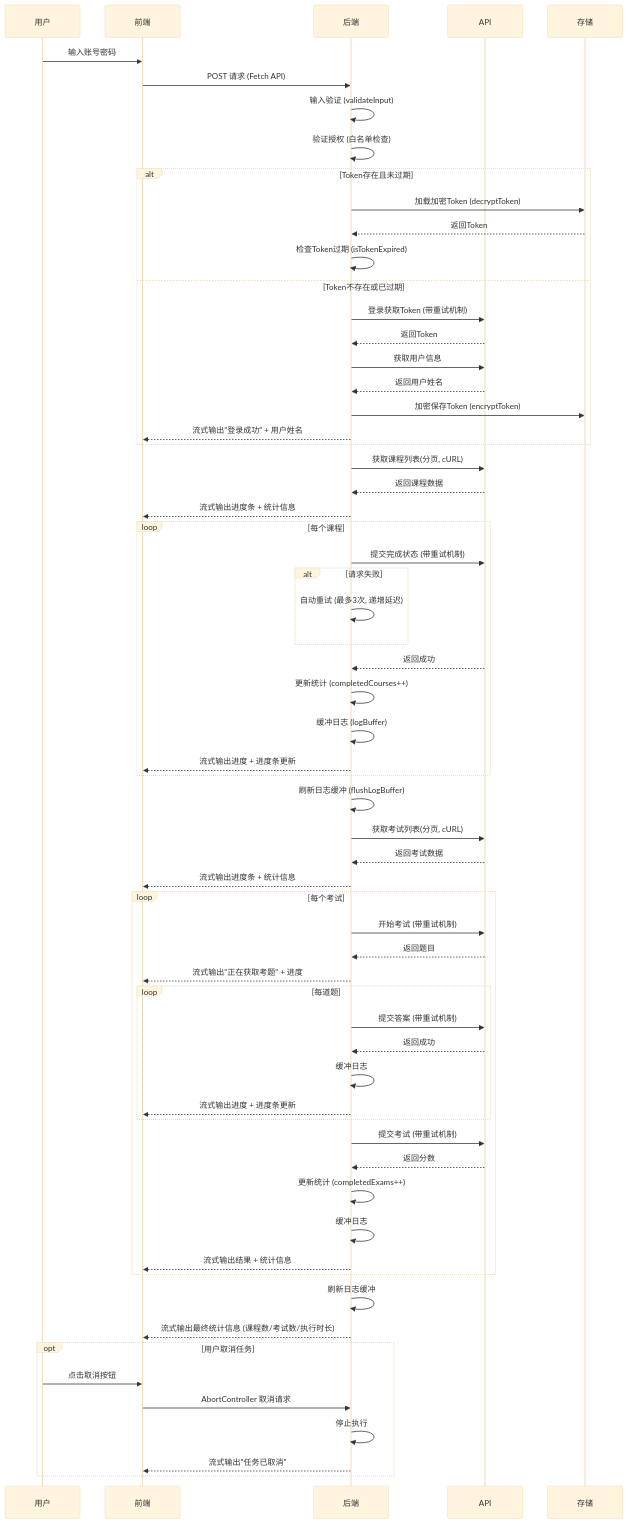
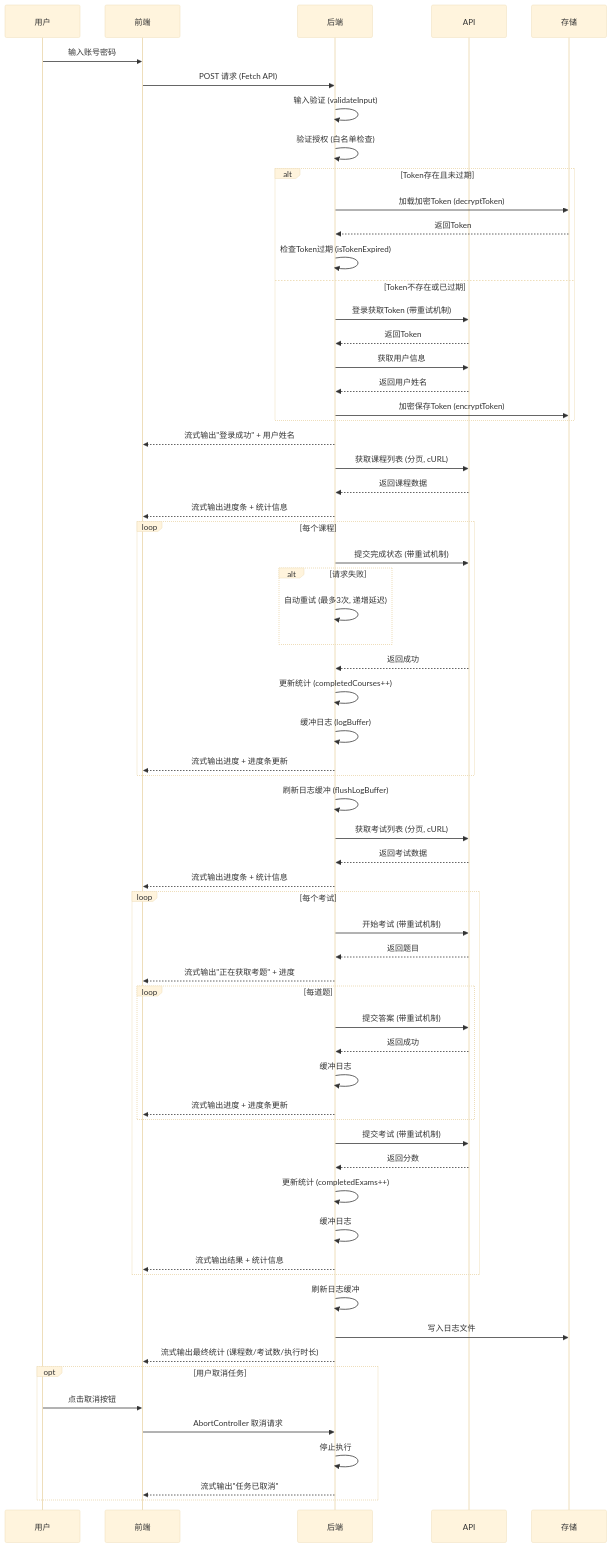
Before and after one commit to zhaohe574/aq: the diagram in README.md, drawn with Mermaid (base theme). The commit also changed other lines of this file and 3 other files, not shown here.

Commit message:
docs: 重写 README 文档，添加 Mermaid 数据流时序图

````diff
--- a/README.md
+++ b/README.md
@@ -301,71 +178,76 @@
 ```mermaid
 sequenceDiagram
     participant U as 用户
     participant F as 前端
     participant B as 后端
     participant A as API
     participant S as 存储
 
     U->>F: 输入账号密码
     F->>B: POST 请求 (Fetch API)
     B->>B: 输入验证 (validateInput)
     B->>B: 验证授权 (白名单检查)
     
     alt Token存在且未过期
         B->>S: 加载加密Token (decryptToken)
         S-->>B: 返回Token
         B->>B: 检查Token过期 (isTokenExpired)
     else Token不存在或已过期
         B->>A: 登录获取Token (带重试机制)
         A-->>B: 返回Token
         B->>A: 获取用户信息
         A-->>B: 返回用户姓名
         B->>S: 加密保存Token (encryptToken)
-        B-->>F: 流式输出"登录成功" + 用户姓名
     end
     
-    B->>A: 获取课程列表(分页, cURL)
+    B-->>F: 流式输出"登录成功" + 用户姓名
+
+    B->>A: 获取课程列表 (分页, cURL)
     A-->>B: 返回课程数据
     B-->>F: 流式输出进度条 + 统计信息
+    
     loop 每个课程
         B->>A: 提交完成状态 (带重试机制)
         alt 请求失败
             B->>B: 自动重试 (最多3次, 递增延迟)
         end
         A-->>B: 返回成功
         B->>B: 更新统计 (completedCourses++)
         B->>B: 缓冲日志 (logBuffer)
         B-->>F: 流式输出进度 + 进度条更新
     end
+    
     B->>B: 刷新日志缓冲 (flushLogBuffer)
-    
-    B->>A: 获取考试列表(分页, cURL)
+
+    B->>A: 获取考试列表 (分页, cURL)
     A-->>B: 返回考试数据
     B-->>F: 流式输出进度条 + 统计信息
+    
     loop 每个考试
         B->>A: 开始考试 (带重试机制)
         A-->>B: 返回题目
         B-->>F: 流式输出"正在获取考题" + 进度
         loop 每道题
             B->>A: 提交答案 (带重试机制)
             A-->>B: 返回成功
             B->>B: 缓冲日志
             B-->>F: 流式输出进度 + 进度条更新
         end
         B->>A: 提交考试 (带重试机制)
         A-->>B: 返回分数
         B->>B: 更新统计 (completedExams++)
         B->>B: 缓冲日志
         B-->>F: 流式输出结果 + 统计信息
     end
+    
     B->>B: 刷新日志缓冲
-    
-    B-->>F: 流式输出最终统计信息 (课程数/考试数/执行时长)
+    B->>S: 写入日志文件
+    B-->>F: 流式输出最终统计 (课程数/考试数/执行时长)
     
     opt 用户取消任务
         U->>F: 点击取消按钮
         F->>B: AbortController 取消请求
         B->>B: 停止执行
         B-->>F: 流式输出"任务已取消"
     end
 ```
````
